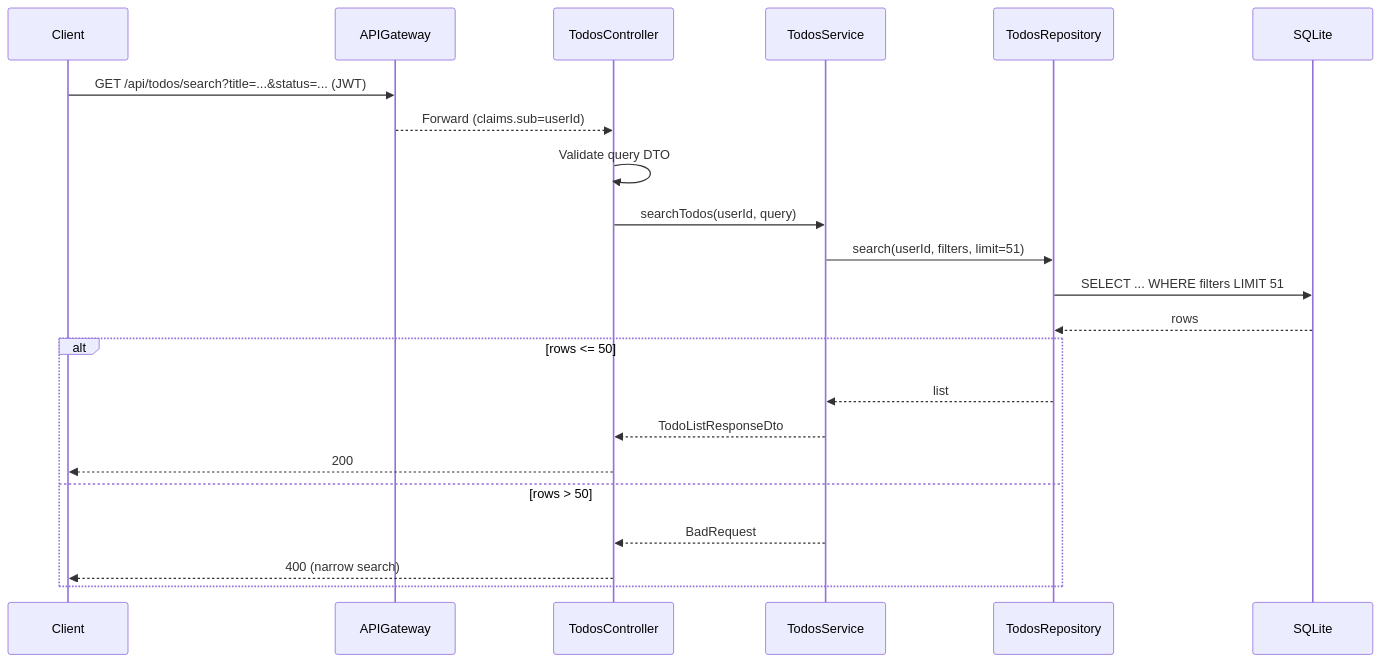
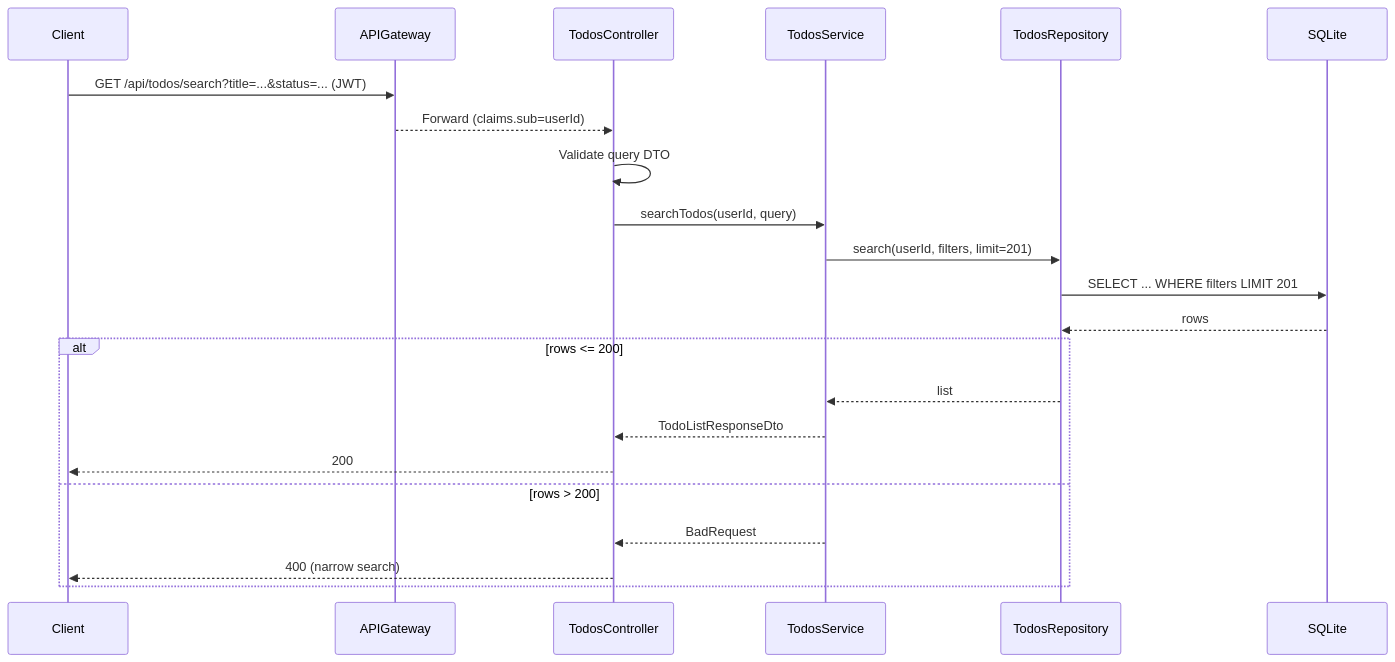
The diagram in backend/docs/sequences/search_todo.md (my-sys10m/todo-list-v1), drawn with Mermaid before and after one commit. The commit also changed 2 other files, not shown here.

Commit message:
Increase todo search limit to 200

````diff
--- a/backend/docs/sequences/search_todo.md
+++ b/backend/docs/sequences/search_todo.md
@@ -1,24 +1,24 @@
 ```mermaid
 sequenceDiagram
   participant Client
   participant APIGateway
   participant TodosController
   participant TodosService
   participant TodosRepository
   participant SQLite
   Client->>APIGateway: GET /api/todos/search?title=...&status=... (JWT)
   APIGateway-->>TodosController: Forward (claims.sub=userId)
   TodosController->>TodosController: Validate query DTO
   TodosController->>TodosService: searchTodos(userId, query)
-  TodosService->>TodosRepository: search(userId, filters, limit=51)
-  TodosRepository->>SQLite: SELECT ... WHERE filters LIMIT 51
+  TodosService->>TodosRepository: search(userId, filters, limit=201)
+  TodosRepository->>SQLite: SELECT ... WHERE filters LIMIT 201
   SQLite-->>TodosRepository: rows
-  alt rows <= 50
+  alt rows <= 200
     TodosRepository-->>TodosService: list
     TodosService-->>TodosController: TodoListResponseDto
     TodosController-->>Client: 200
-  else rows > 50
+  else rows > 200
     TodosService-->>TodosController: BadRequest
     TodosController-->>Client: 400 (narrow search)
   end
 ```
````
